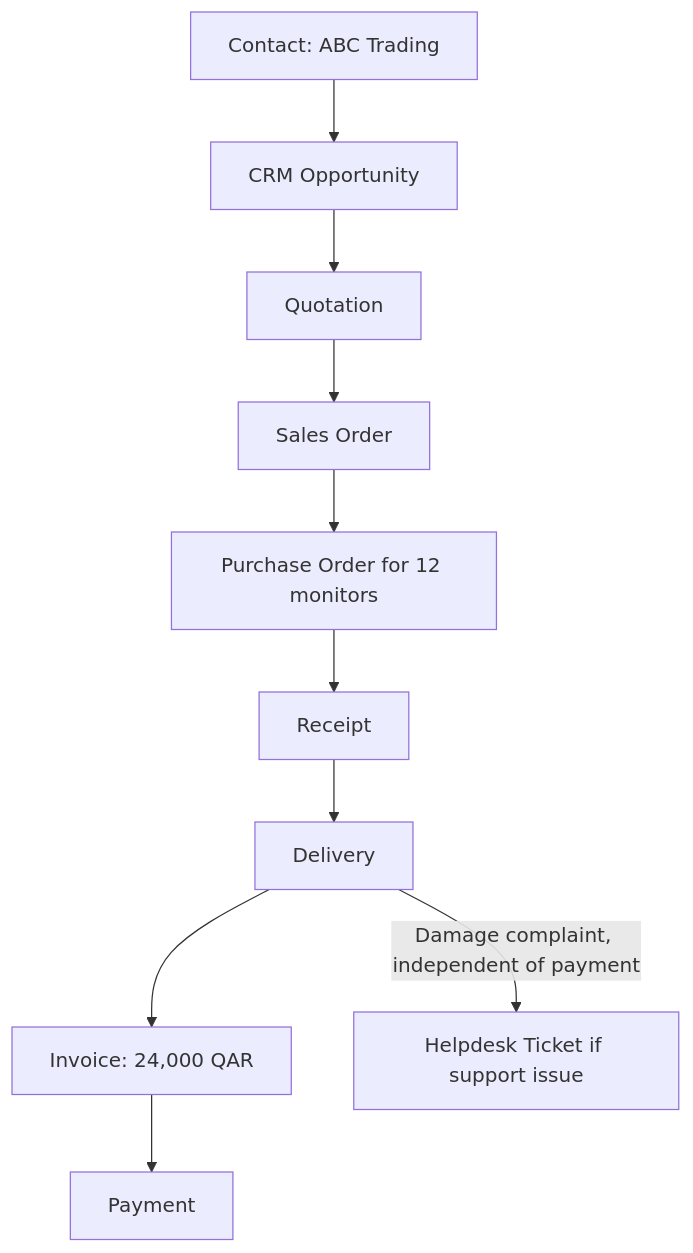
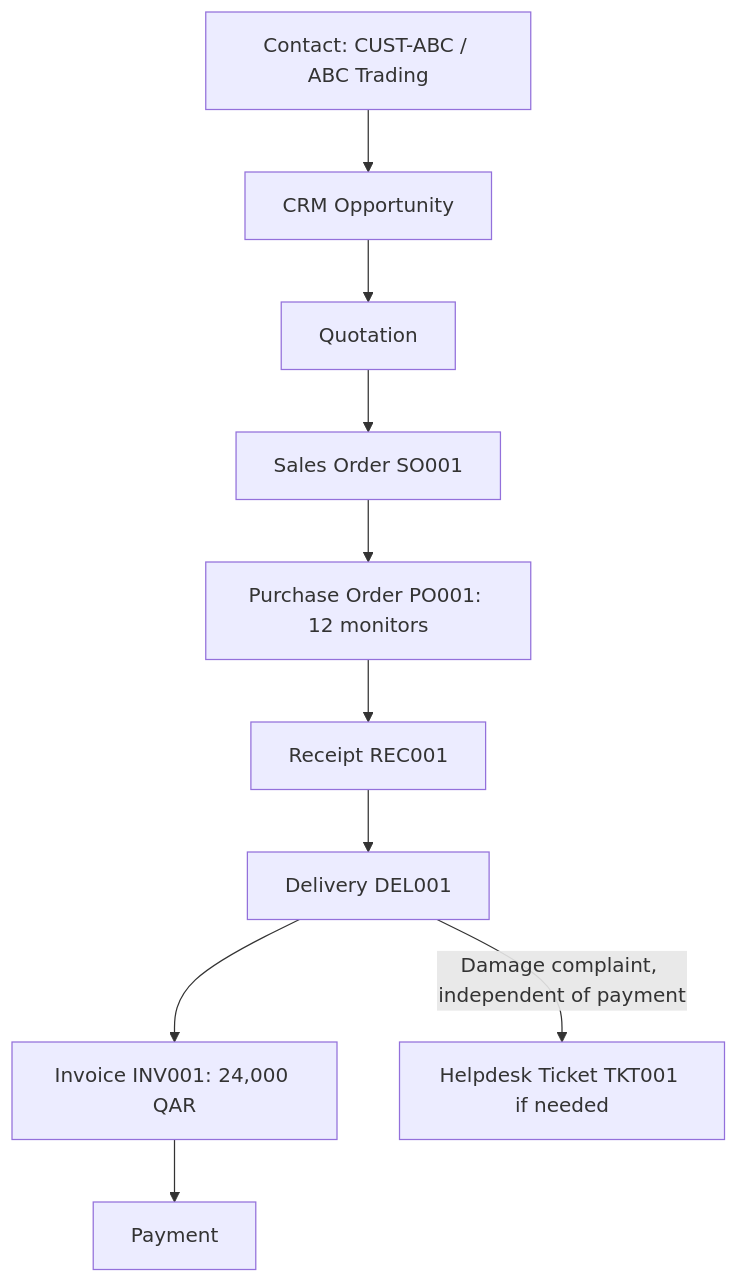
The second of 2 diagrams in Unit 1/Chapter 3/Project.md (Bixal99/ODOO), drawn with Mermaid before and after one commit. The commit also changed other lines of this file and 15 other files, not shown here.

````diff
--- a/Unit 1/Chapter 3/Project.md
+++ b/Unit 1/Chapter 3/Project.md
@@ -419,12 +447,12 @@
 ```mermaid
 flowchart TD
-    CON["Contact: ABC Trading"] --> CRM["CRM Opportunity"]
+    CON["Contact: CUST-ABC / ABC Trading"] --> CRM["CRM Opportunity"]
     CRM --> QUO["Quotation"]
-    QUO --> SO["Sales Order"]
-    SO --> PO["Purchase Order for 12 monitors"]
-    PO --> REC["Receipt"]
-    REC --> DEL["Delivery"]
-    DEL --> INV["Invoice: 24,000 QAR"]
+    QUO --> SO["Sales Order SO001"]
+    SO --> PO["Purchase Order PO001: 12 monitors"]
+    PO --> REC["Receipt REC001"]
+    REC --> DEL["Delivery DEL001"]
+    DEL --> INV["Invoice INV001: 24,000 QAR"]
     INV --> PAY["Payment"]
-    DEL -->|"Damage complaint, independent of payment"| HD["Helpdesk Ticket if support issue"]
+    DEL -->|"Damage complaint, independent of payment"| HD["Helpdesk Ticket TKT001 if needed"]
 ```
````
